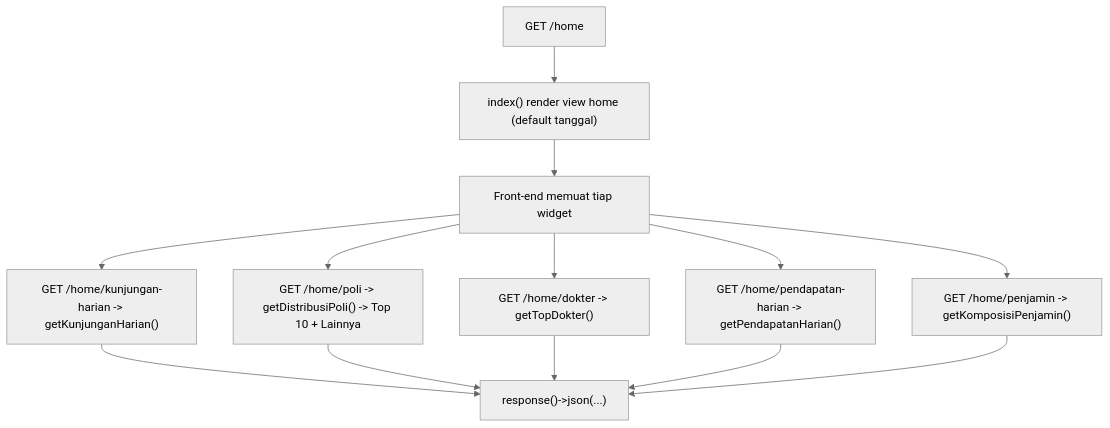
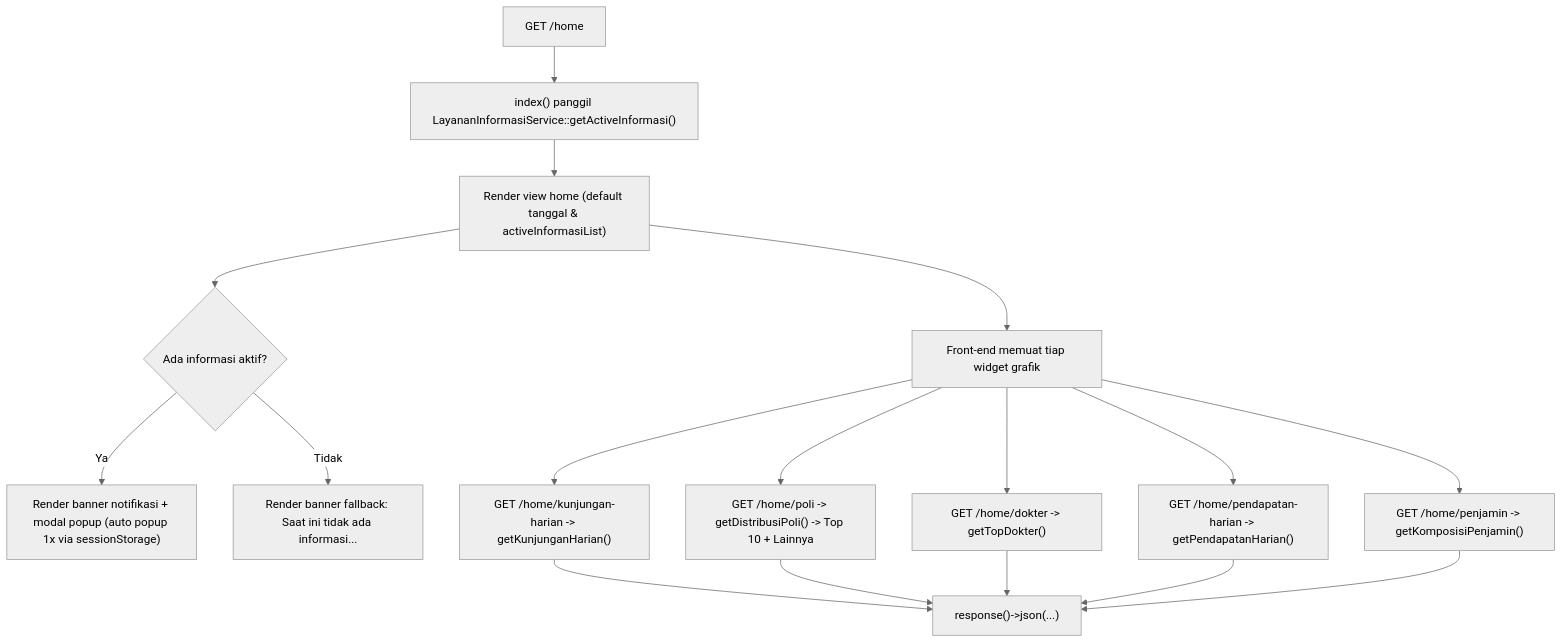
The diagram in dokumentasi/home-dashboard.md (AltamaSidoarjo/laravel-siakurat-pt-smt), drawn with Mermaid (neutral theme) before and after one commit. The commit also changed other lines of this file and 21 other files, not shown here.

Commit message:
feat: aktifkan fitur layanan informasi di dashboard dan crud master layanan informasi

````diff
--- a/dokumentasi/home-dashboard.md
+++ b/dokumentasi/home-dashboard.md
@@ -42,15 +43,19 @@
 ```mermaid
 flowchart TD
-    A["GET /home"] --> B["index() render view home (default tanggal)"]
-    B --> C["Front-end memuat tiap widget"]
-    C --> D["GET /home/kunjungan-harian -> getKunjunganHarian()"]
-    C --> E["GET /home/poli -> getDistribusiPoli() -> Top 10 + Lainnya"]
-    C --> F["GET /home/dokter -> getTopDokter()"]
-    C --> G["GET /home/pendapatan-harian -> getPendapatanHarian()"]
-    C --> H["GET /home/penjamin -> getKomposisiPenjamin()"]
-    D --> I["response()->json(...)"]
-    E --> I
-    F --> I
-    G --> I
-    H --> I
+    A["GET /home"] --> B["index() panggil LayananInformasiService::getActiveInformasi()"]
+    B --> C["Render view home (default tanggal & activeInformasiList)"]
+    C --> D{"Ada informasi aktif?"}
+    D -- Ya --> E["Render banner notifikasi + modal popup (auto popup 1x via sessionStorage)"]
+    D -- Tidak --> F["Render banner fallback: Saat ini tidak ada informasi..."]
+    C --> G["Front-end memuat tiap widget grafik"]
+    G --> H["GET /home/kunjungan-harian -> getKunjunganHarian()"]
+    G --> I["GET /home/poli -> getDistribusiPoli() -> Top 10 + Lainnya"]
+    G --> J["GET /home/dokter -> getTopDokter()"]
+    G --> K["GET /home/pendapatan-harian -> getPendapatanHarian()"]
+    G --> L["GET /home/penjamin -> getKomposisiPenjamin()"]
+    H --> M["response()->json(...)"]
+    I --> M
+    J --> M
+    K --> M
+    L --> M
 ```
````
